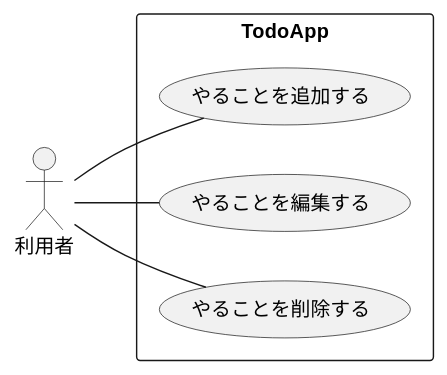
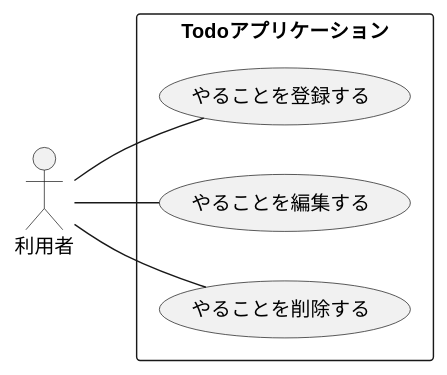
Before and after one commit to k2works/application_programing_excercise_2022: diagram 12 of 15 in docs/todo.adoc, drawn with PlantUML. The commit also changed other lines of this file and 2 other files, not shown here.

```diff
--- a/docs/todo.adoc
+++ b/docs/todo.adoc
@@ -199,11 +429,11 @@
 [plantuml]
 ----
 left to right direction
 skinparam packageStyle rectangle
 actor 利用者
-rectangle TodoApp {
-  利用者 -- (やることを追加する)
+rectangle Todoアプリケーション {
+  利用者 -- (やることを登録する)
   利用者 -- (やることを編集する)
   利用者 -- (やることを削除する)
 }
 ----
```
